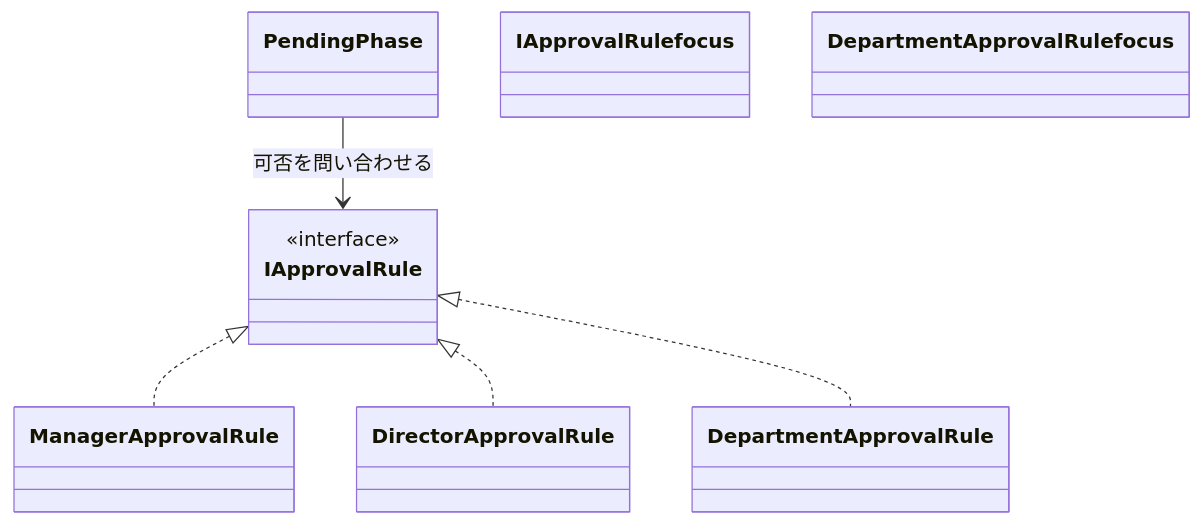
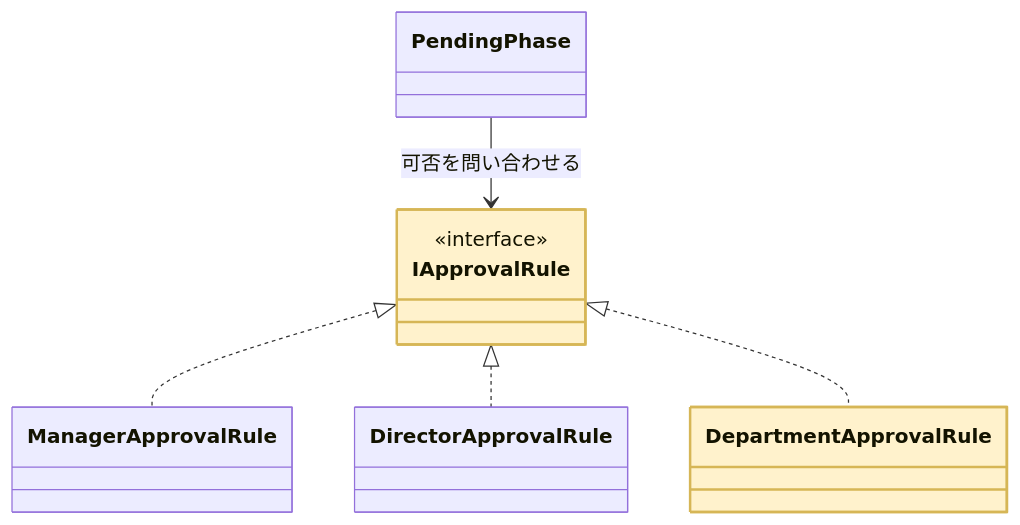
Before and after one commit to kumachan1101-pixel/DesignPattern: diagram 12 of 23 in kindle/design-patterns/output/chapter12.md, drawn with Mermaid. The commit also changed other lines of this file and 15 other files, not shown here.

First line of the commit message:
全章classDiagram: phantom浮きクラスを生む着色構文 class X focus を :::focus へ修正（103箇所）

````diff
--- a/kindle/design-patterns/output/chapter12.md
+++ b/kindle/design-patterns/output/chapter12.md
@@ -1326,15 +1326,15 @@
 ```mermaid
 classDiagram
     class PendingPhase
     class IApprovalRule { <<interface>> }
     class ManagerApprovalRule
     class DirectorApprovalRule
     class DepartmentApprovalRule
     PendingPhase --> IApprovalRule : 可否を問い合わせる
     IApprovalRule <|.. ManagerApprovalRule
     IApprovalRule <|.. DirectorApprovalRule
     IApprovalRule <|.. DepartmentApprovalRule
-    class IApprovalRule focus
-    class DepartmentApprovalRule focus
+    class IApprovalRule:::focus
+    class DepartmentApprovalRule:::focus
     classDef focus fill:#FFF2CC,stroke:#D6B656,stroke-width:2px
 ```
````
